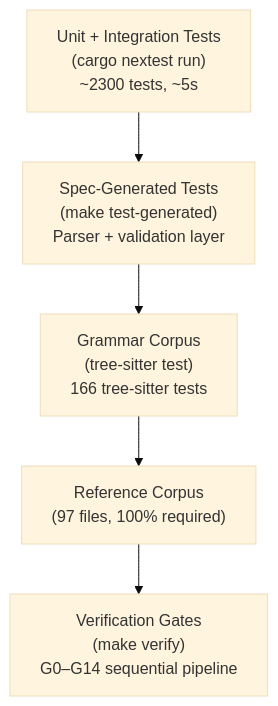
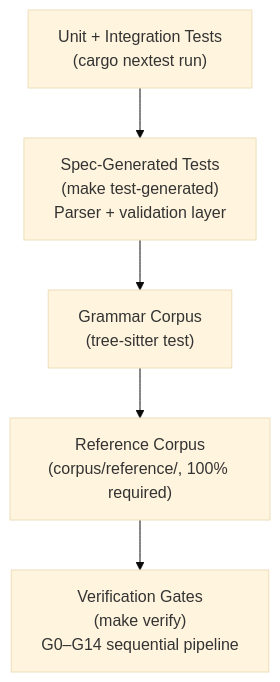
One commit to TalkBank/talkbank-tools changed the second of 3 diagrams in book/src/contributing/testing.md. Above: the diagram before and after it, drawn with Mermaid (base theme). The commit also changed other lines of this file and 246 other files, not shown here.

````diff
--- a/book/src/contributing/testing.md
+++ b/book/src/contributing/testing.md
@@ -50,10 +50,10 @@
 ```mermaid
 flowchart TD
-    unit["Unit + Integration Tests\n(cargo nextest run)\n~2300 tests, ~5s"]
+    unit["Unit + Integration Tests\n(cargo nextest run)"]
     specgen["Spec-Generated Tests\n(make test-generated)\nParser + validation layer"]
-    grammar["Grammar Corpus\n(tree-sitter test)\n166 tree-sitter tests"]
-    ref["Reference Corpus\n(97 files, 100% required)"]
+    grammar["Grammar Corpus\n(tree-sitter test)"]
+    ref["Reference Corpus\n(corpus/reference/, 100% required)"]
     gates["Verification Gates\n(make verify)\nG0–G14 sequential pipeline"]
 
     unit --> specgen --> grammar --> ref --> gates
 ```
````
